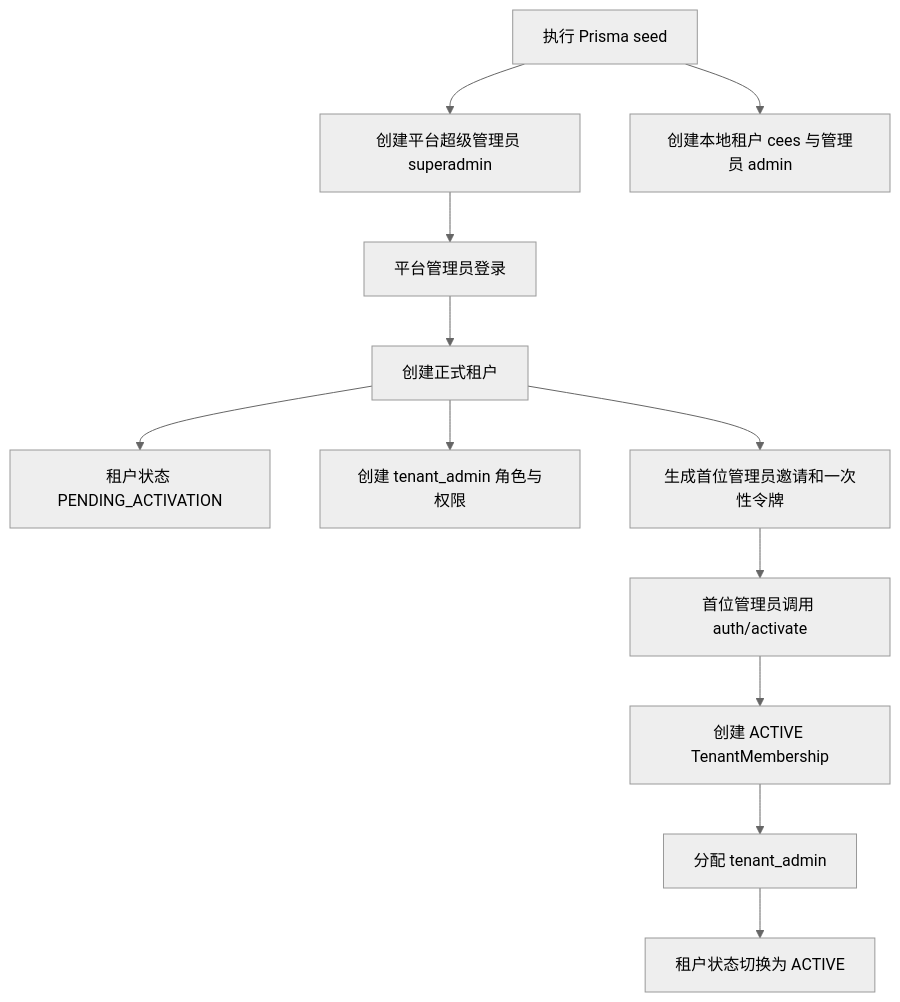
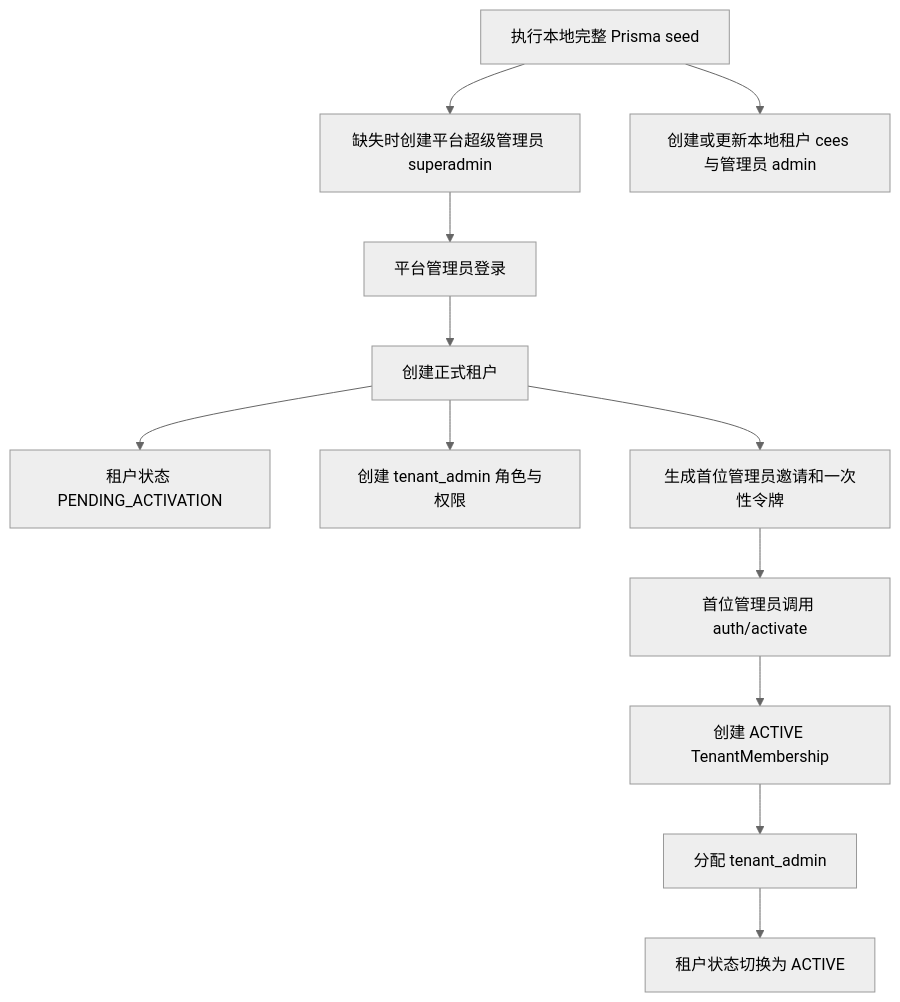
The first of 5 diagrams in docs/product/platform-usage-guide.md (tubalong/cees_ai), drawn with Mermaid (neutral theme) before and after one commit. The commit also changed other lines of this file and 15 other files, not shown here.

````diff
--- a/docs/product/platform-usage-guide.md
+++ b/docs/product/platform-usage-guide.md
@@ -893,14 +893,14 @@
 ```mermaid
 flowchart TD
-  Seed[执行 Prisma seed] --> PA[创建平台超级管理员 superadmin]
-  Seed --> LT[创建本地租户 cees 与管理员 admin]
+  Seed[执行本地完整 Prisma seed] --> PA[缺失时创建平台超级管理员 superadmin]
+  Seed --> LT[创建或更新本地租户 cees 与管理员 admin]
   PA --> PL[平台管理员登录]
   PL --> CT[创建正式租户]
   CT --> TPA[租户状态 PENDING_ACTIVATION]
   CT --> RI[创建 tenant_admin 角色与权限]
   CT --> INV[生成首位管理员邀请和一次性令牌]
   INV --> ACT[首位管理员调用 auth/activate]
   ACT --> MEM[创建 ACTIVE TenantMembership]
   MEM --> ROLE[分配 tenant_admin]
   ROLE --> TA[租户状态切换为 ACTIVE]
 ```
````
